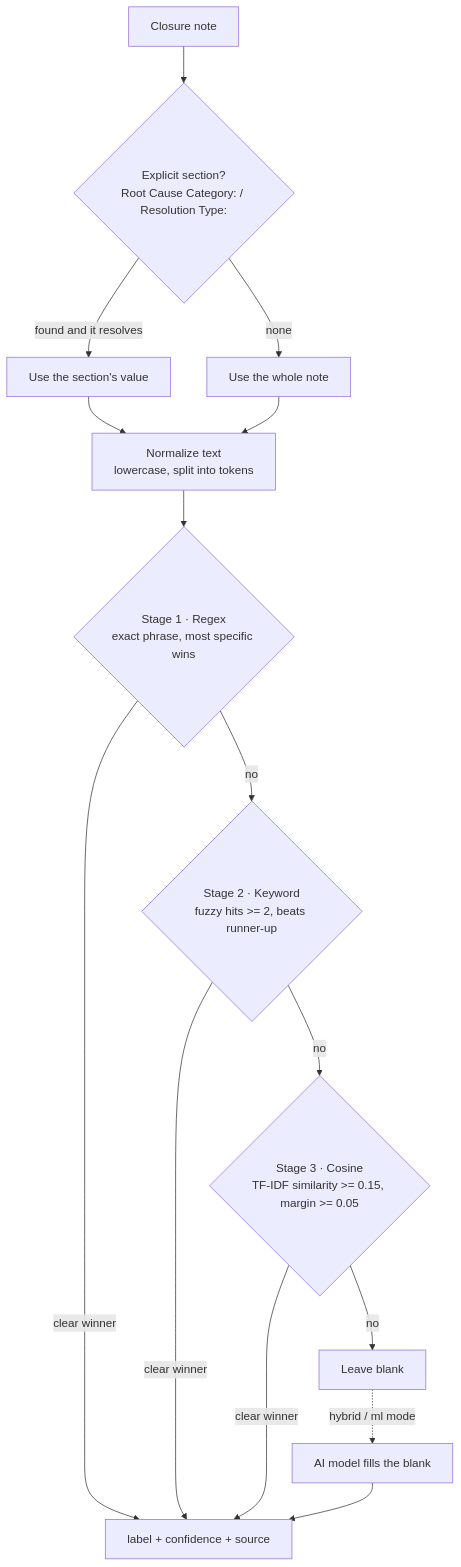
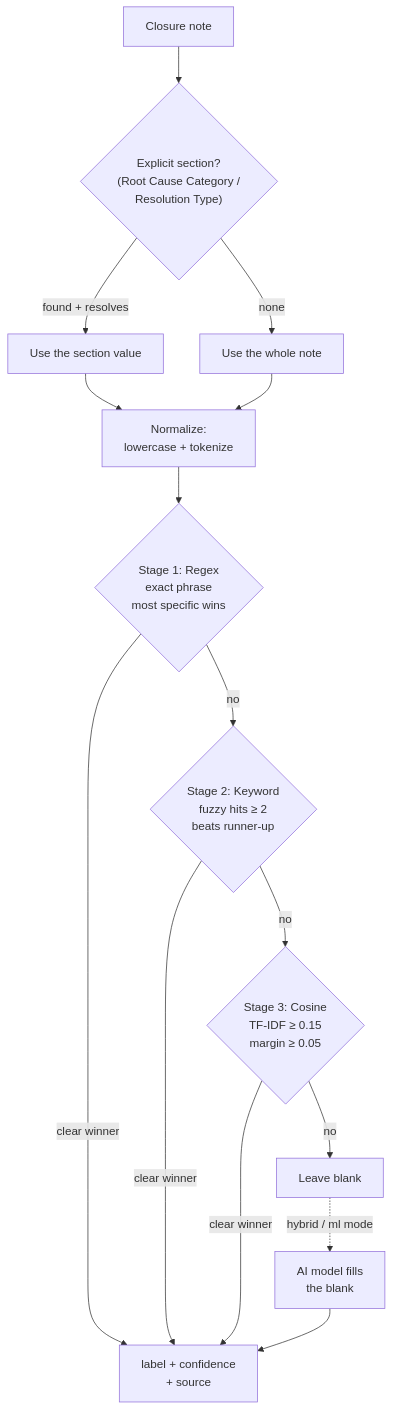
Before and after one commit to Abbas-Nagoor-Kani-BA/Autonomous-Reports-Engine: the first of 2 diagrams in wiki/Classification-Algorithm.md, drawn with Mermaid. The commit also changed other lines of this file and 1 other file, not shown here.

First line of the commit message:
docs(wiki): correct classification examples and fix Mermaid label cut-off

````diff
--- a/wiki/Classification-Algorithm.md
+++ b/wiki/Classification-Algorithm.md
@@ -33,17 +33,17 @@
 ```mermaid
 flowchart TD
-    NOTE[Closure note] --> SEC{Explicit section?<br/>Root Cause Category: / Resolution Type:}
-    SEC -->|found and it resolves| VAL[Use the section's value]
-    SEC -->|none| WHOLE[Use the whole note]
-    VAL --> NORM[Normalize text<br/>lowercase, split into tokens]
+    NOTE["Closure note"] --> SEC{"Explicit section?<br/>(Root Cause Category /<br/>Resolution Type)"}
+    SEC -->|"found + resolves"| VAL["Use the section value"]
+    SEC -->|"none"| WHOLE["Use the whole note"]
+    VAL --> NORM["Normalize:<br/>lowercase + tokenize"]
     WHOLE --> NORM
-    NORM --> S1{Stage 1 · Regex<br/>exact phrase, most specific wins}
-    S1 -->|clear winner| DONE[label + confidence + source]
-    S1 -->|no| S2{Stage 2 · Keyword<br/>fuzzy hits >= 2, beats runner-up}
-    S2 -->|clear winner| DONE
-    S2 -->|no| S3{Stage 3 · Cosine<br/>TF-IDF similarity >= 0.15, margin >= 0.05}
-    S3 -->|clear winner| DONE
-    S3 -->|no| BLANK[Leave blank]
-    BLANK -.->|hybrid / ml mode| ML[AI model fills the blank]
+    NORM --> S1{"Stage 1: Regex<br/>exact phrase<br/>most specific wins"}
+    S1 -->|"clear winner"| DONE["label + confidence<br/>+ source"]
+    S1 -->|"no"| S2{"Stage 2: Keyword<br/>fuzzy hits &ge; 2<br/>beats runner-up"}
+    S2 -->|"clear winner"| DONE
+    S2 -->|"no"| S3{"Stage 3: Cosine<br/>TF-IDF &ge; 0.15<br/>margin &ge; 0.05"}
+    S3 -->|"clear winner"| DONE
+    S3 -->|"no"| BLANK["Leave blank"]
+    BLANK -.->|"hybrid / ml mode"| ML["AI model fills<br/>the blank"]
     ML --> DONE
 ```
````
